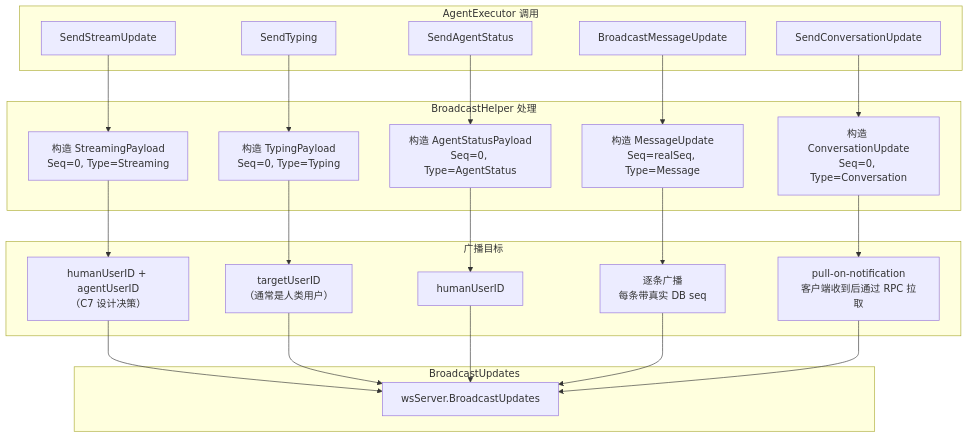
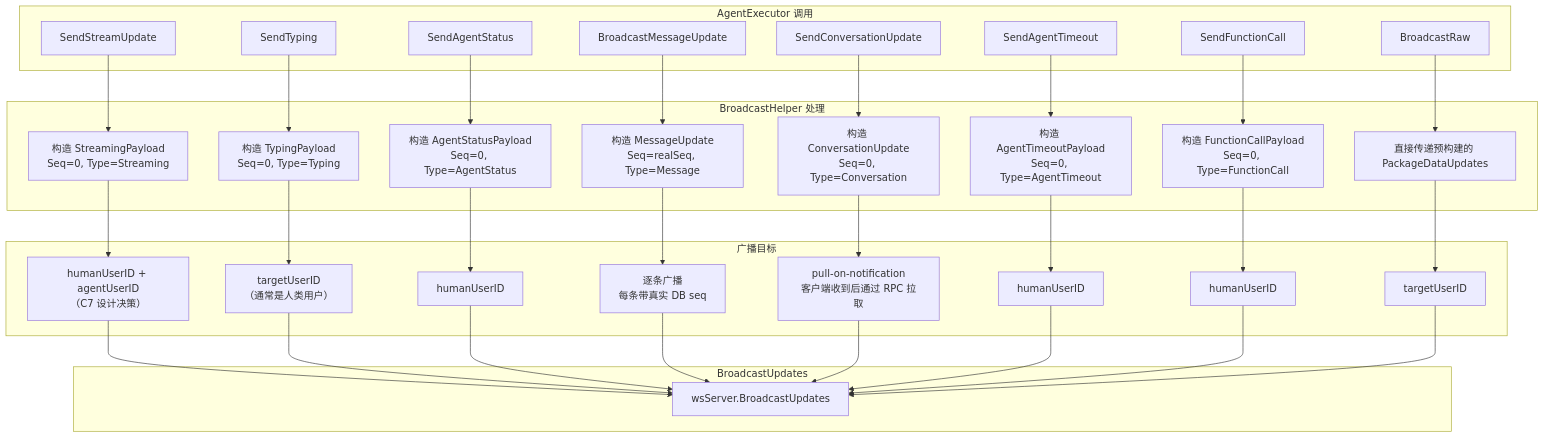
One commit to PineappleBond/xyncra-server changed the fourth of 5 diagrams in wiki/flows/broadcasting.md. Above: the diagram before and after it, drawn with Mermaid. The commit also changed other lines of this file and 21 other files, not shown here.

First line of the commit message:
docs(wiki): fix accuracy and completeness issues across all flow documents

````diff
--- a/wiki/flows/broadcasting.md
+++ b/wiki/flows/broadcasting.md
@@ -228,36 +228,48 @@
 ```mermaid
 flowchart TD
     subgraph AgentExecutor 调用
         A1[SendStreamUpdate]
         A2[SendTyping]
         A3[SendAgentStatus]
         A4[BroadcastMessageUpdate]
         A5[SendConversationUpdate]
+        A6[SendAgentTimeout]
+        A7[SendFunctionCall]
+        A8[BroadcastRaw]
     end
 
     subgraph BroadcastHelper 处理
         B1[构造 StreamingPayload<br/>Seq=0, Type=Streaming]
         B2[构造 TypingPayload<br/>Seq=0, Type=Typing]
         B3[构造 AgentStatusPayload<br/>Seq=0, Type=AgentStatus]
         B4[构造 MessageUpdate<br/>Seq=realSeq, Type=Message]
         B5[构造 ConversationUpdate<br/>Seq=0, Type=Conversation]
+        B6[构造 AgentTimeoutPayload<br/>Seq=0, Type=AgentTimeout]
+        B7[构造 FunctionCallPayload<br/>Seq=0, Type=FunctionCall]
+        B8[直接传递预构建的 PackageDataUpdates]
     end
 
     subgraph 广播目标
         C1[humanUserID + agentUserID<br/>（C7 设计决策）]
         C2[targetUserID<br/>（通常是人类用户）]
         C3[humanUserID]
         C4[逐条广播<br/>每条带真实 DB seq]
         C5[pull-on-notification<br/>客户端收到后通过 RPC 拉取]
+        C6[humanUserID]
+        C7[humanUserID]
+        C8[targetUserID]
     end
 
     subgraph BroadcastUpdates
         D[wsServer.BroadcastUpdates]
     end
 
     A1 --> B1 --> C1 --> D
     A2 --> B2 --> C2 --> D
     A3 --> B3 --> C3 --> D
     A4 --> B4 --> C4 --> D
     A5 --> B5 --> C5 --> D
+    A6 --> B6 --> C6 --> D
+    A7 --> B7 --> C7 --> D
+    A8 --> B8 --> C8 --> D
 ```
````
